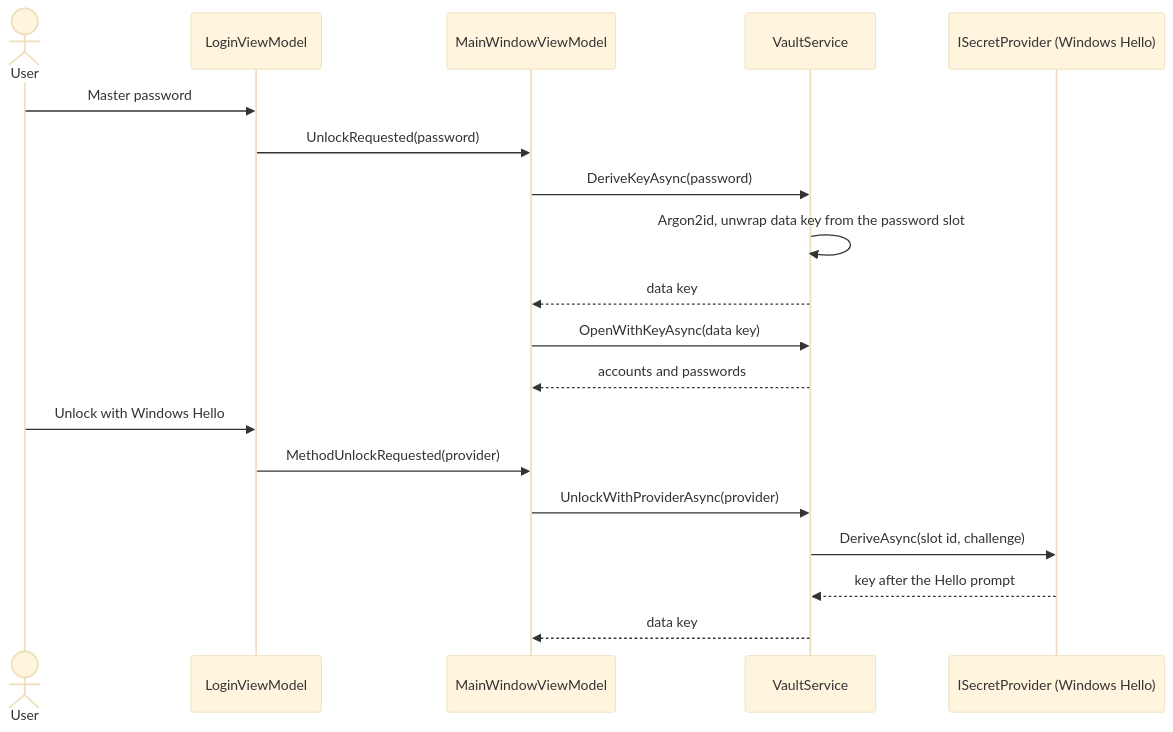
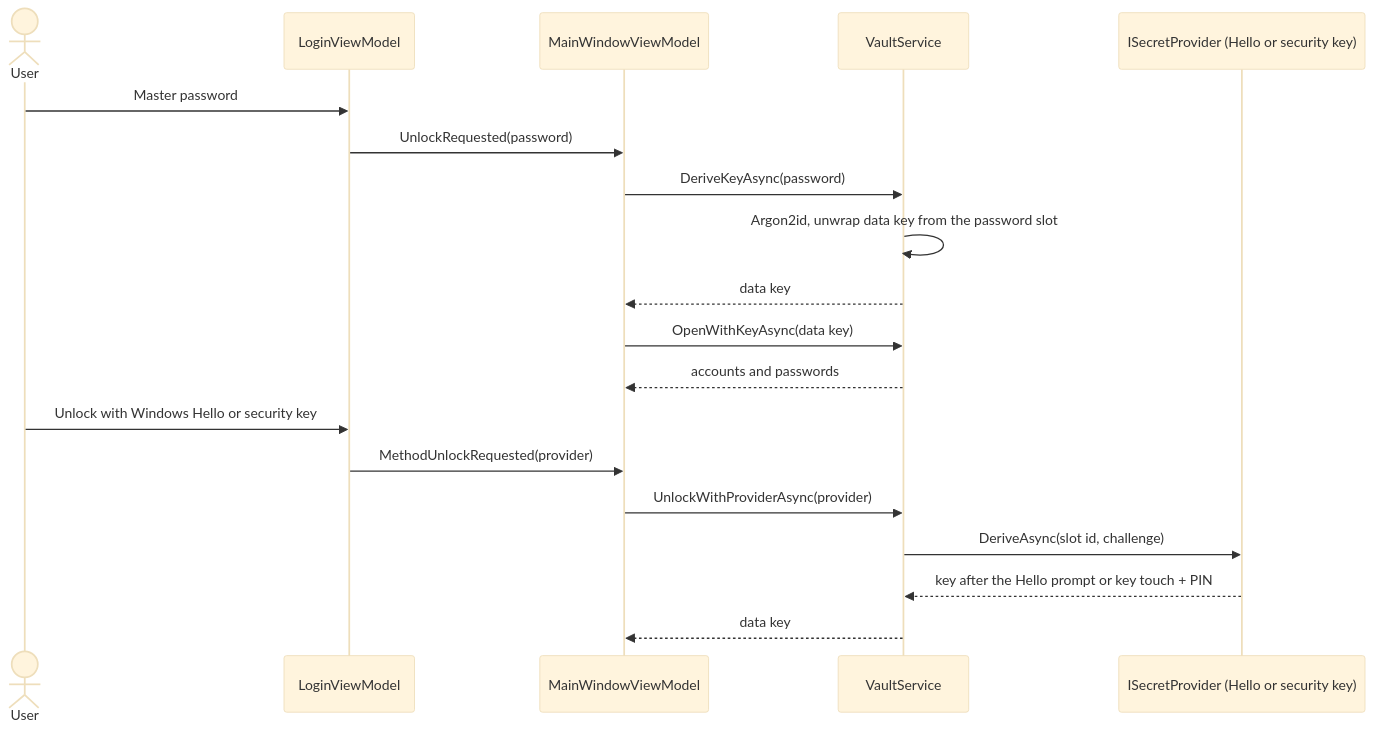
The second of 4 diagrams in docs/Documentation.md (GabrielVergara/MasterSafeAuthenticator), drawn with Mermaid (base theme) before and after one commit. The commit also changed other lines of this file and 16 other files, not shown here.

First line of the commit message:
Add FIDO2 security key unlock for Windows

````diff
--- a/docs/Documentation.md
+++ b/docs/Documentation.md
@@ -29,21 +29,21 @@
 ```mermaid
 sequenceDiagram
     actor U as User
     participant L as LoginViewModel
     participant M as MainWindowViewModel
     participant V as VaultService
-    participant P as ISecretProvider (Windows Hello)
+    participant P as ISecretProvider (Hello or security key)
     U->>L: Master password
     L->>M: UnlockRequested(password)
     M->>V: DeriveKeyAsync(password)
     V->>V: Argon2id, unwrap data key from the password slot
     V-->>M: data key
     M->>V: OpenWithKeyAsync(data key)
     V-->>M: accounts and passwords
-    U->>L: Unlock with Windows Hello
+    U->>L: Unlock with Windows Hello or security key
     L->>M: MethodUnlockRequested(provider)
     M->>V: UnlockWithProviderAsync(provider)
     V->>P: DeriveAsync(slot id, challenge)
-    P-->>V: key after the Hello prompt
+    P-->>V: key after the Hello prompt or key touch + PIN
     V-->>M: data key
 ```
````
